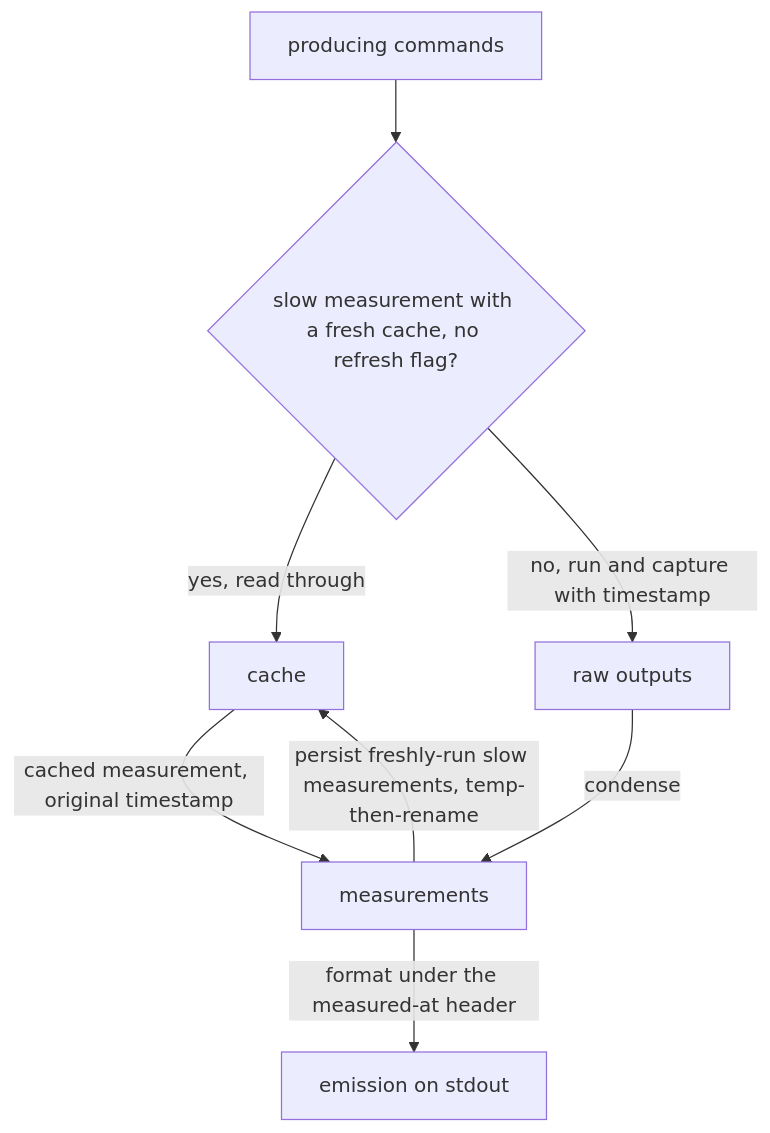
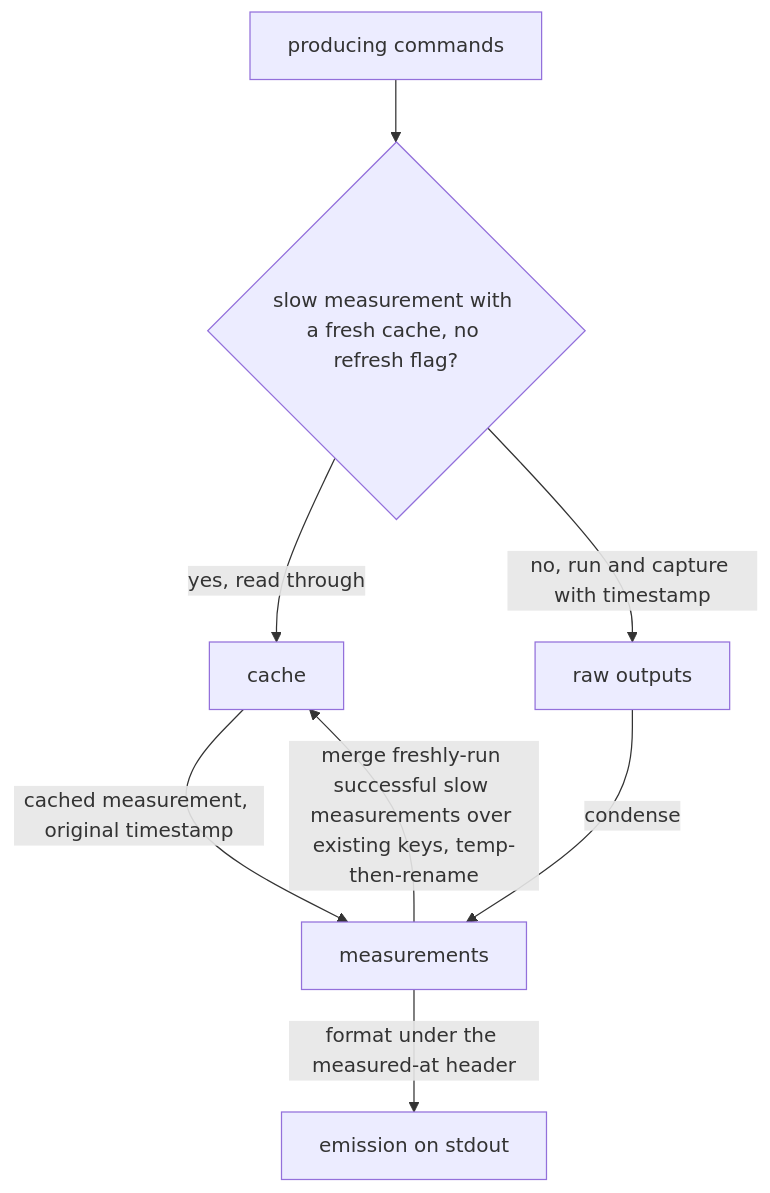
One commit to codeschoolinabox/curricula changed the third of 3 diagrams in scripts/DOCS.md. Above: the diagram before and after it, drawn with Mermaid. The commit also changed other lines of this file and 3 other files, not shown here.

````diff
--- a/scripts/DOCS.md
+++ b/scripts/DOCS.md
@@ -215,10 +225,10 @@
 ```mermaid
 flowchart TD
     A[producing commands] --> Z{slow measurement with a fresh cache, no refresh flag?}
     Z -->|yes, read through| K[cache]
     K -->|cached measurement, original timestamp| C[measurements]
     Z -->|no, run and capture with timestamp| B[raw outputs]
     B -->|condense| C
-    C -->|persist freshly-run slow measurements, temp-then-rename| K
+    C -->|merge freshly-run successful slow measurements over existing keys, temp-then-rename| K
     C -->|format under the measured-at header| E[emission on stdout]
 ```
````
